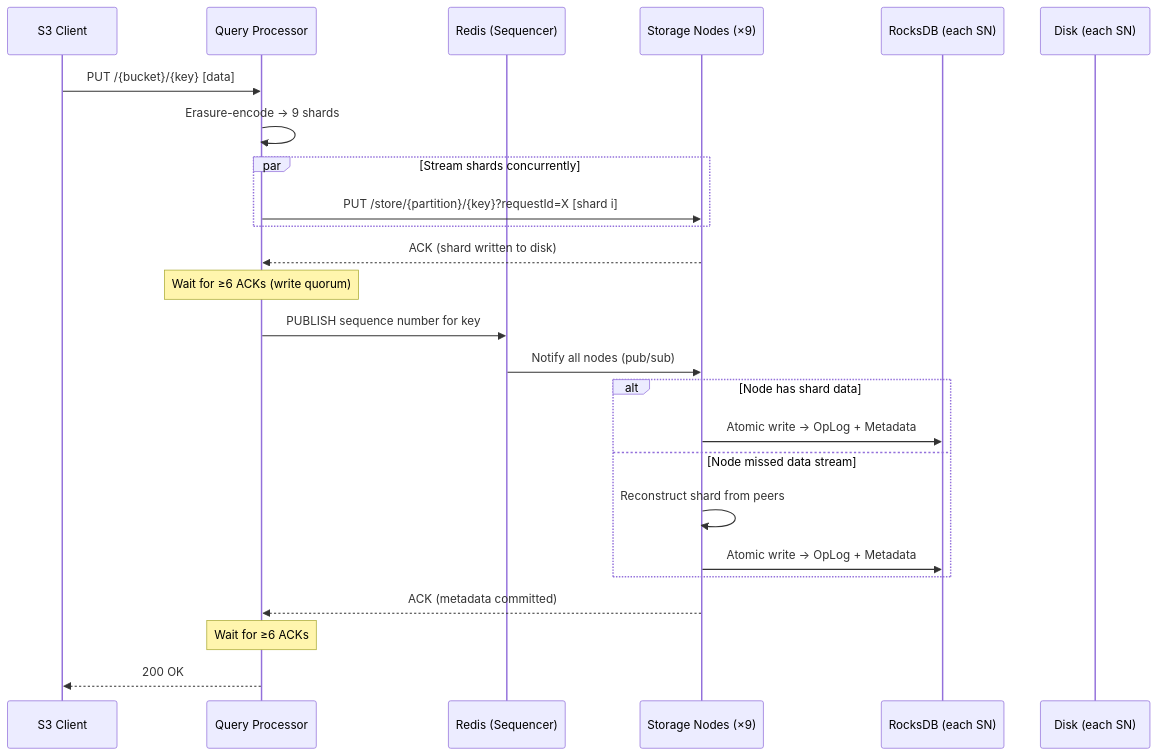
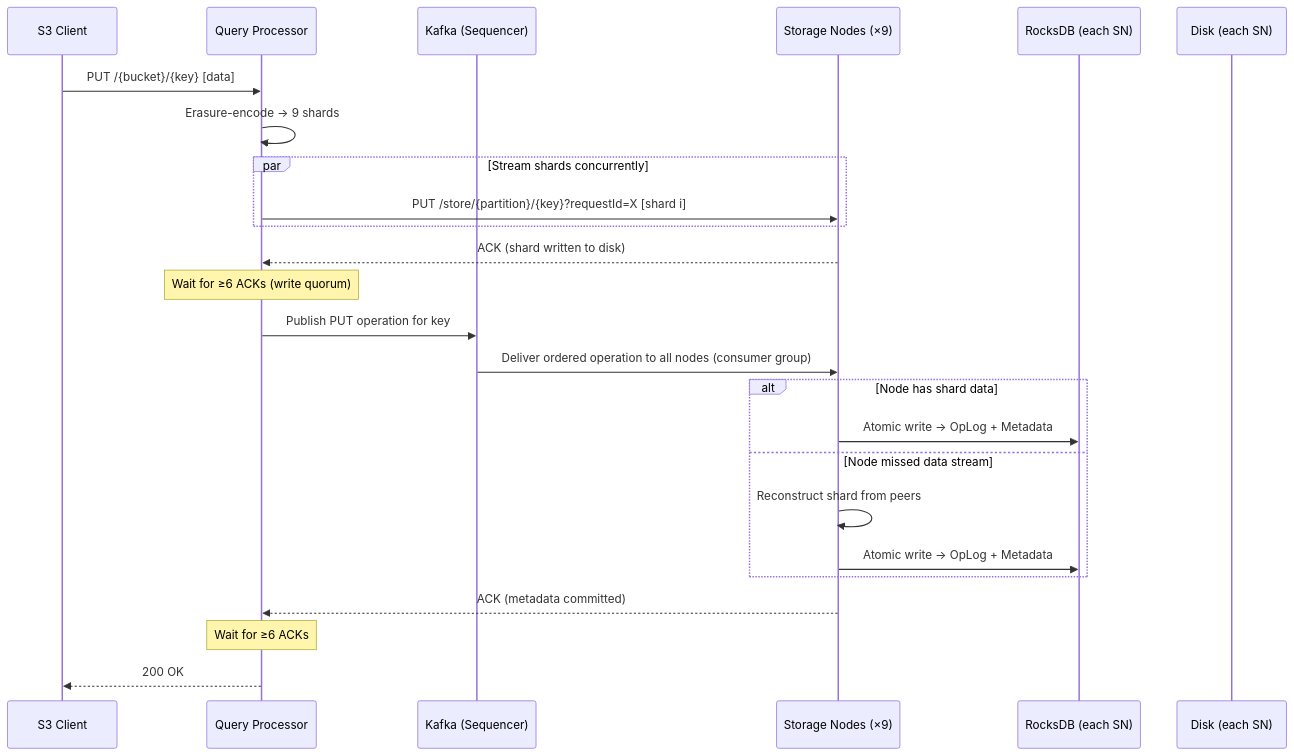
Before and after one commit to S26-Distributed-Capstone/Koop: the second of 16 diagrams in docs/workflow.md, drawn with Mermaid. The commit also changed other lines of this file, not shown here.

Commit message:
Update workflow documentation to reflect Kafka integration as the sequencer for operations

````diff
--- a/docs/workflow.md
+++ b/docs/workflow.md
@@ -73,31 +75,31 @@
 ```mermaid
 sequenceDiagram
     participant C as S3 Client
     participant QP as Query Processor
-    participant Redis as Redis (Sequencer)
+    participant Kafka as Kafka (Sequencer)
     participant SN as Storage Nodes (×9)
     participant RDB as RocksDB (each SN)
     participant Disk as Disk (each SN)
 
     C->>QP: PUT /{bucket}/{key} [data]
     QP->>QP: Erasure-encode → 9 shards
     par Stream shards concurrently
         QP->>SN: PUT /store/{partition}/{key}?requestId=X [shard i]
     end
     SN-->>QP: ACK (shard written to disk)
     Note over QP: Wait for ≥6 ACKs (write quorum)
 
-    QP->>Redis: PUBLISH sequence number for key
-    Redis->>SN: Notify all nodes (pub/sub)
+    QP->>Kafka: Publish PUT operation for key
+    Kafka->>SN: Deliver ordered operation to all nodes (consumer group)
 
     alt Node has shard data
         SN->>RDB: Atomic write → OpLog + Metadata
     else Node missed data stream
         SN->>SN: Reconstruct shard from peers
         SN->>RDB: Atomic write → OpLog + Metadata
     end
 
     SN-->>QP: ACK (metadata committed)
     Note over QP: Wait for ≥6 ACKs
     QP-->>C: 200 OK
 ```
````
